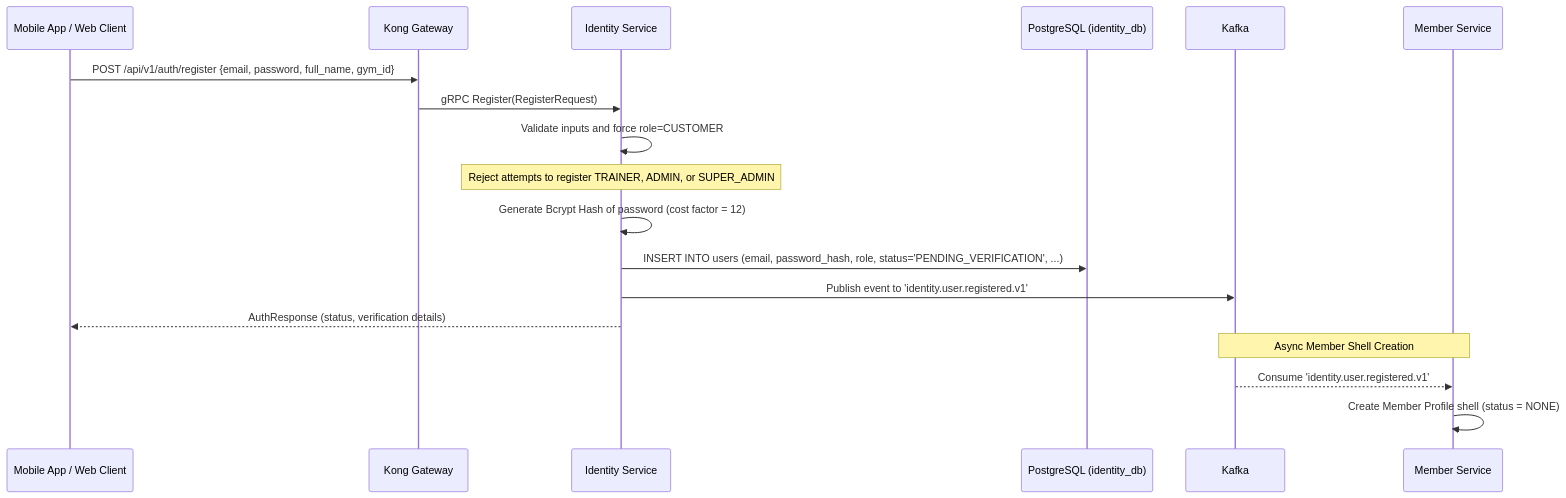
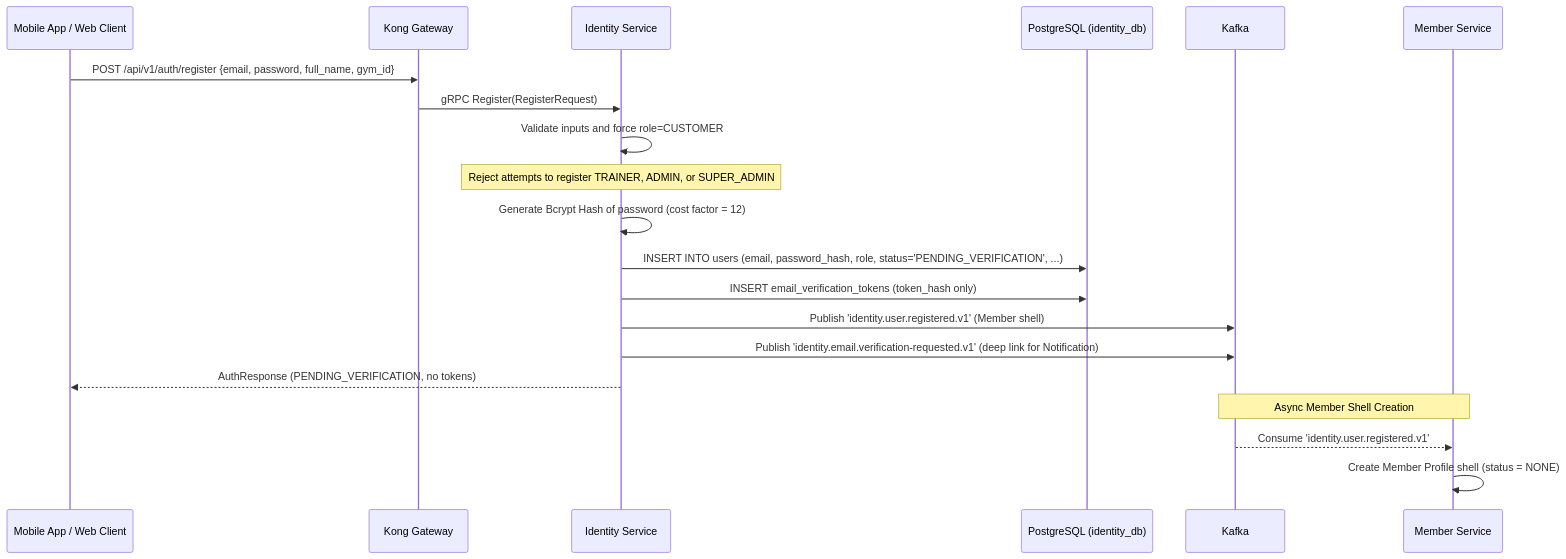
Before and after one commit to pploc/gym-architect: the second of 5 diagrams in services/01-ms-gym-identifier.md, drawn with Mermaid. The commit also changed other lines of this file and 1 other file, not shown here.

Commit message:
docs: document email verification event and Identifier flow

````diff
--- a/services/01-ms-gym-identifier.md
+++ b/services/01-ms-gym-identifier.md
@@ -56,22 +56,24 @@
 ```mermaid
 sequenceDiagram
     participant C as Mobile App / Web Client
     participant K as Kong Gateway
     participant IS as Identity Service
     participant DB as PostgreSQL (identity_db)
     participant KF as Kafka
     participant MS as Member Service
 
     C->>K: POST /api/v1/auth/register {email, password, full_name, gym_id}
     K->>IS: gRPC Register(RegisterRequest)
     IS->>IS: Validate inputs and force role=CUSTOMER
     Note over IS: Reject attempts to register TRAINER, ADMIN, or SUPER_ADMIN
     IS->>IS: Generate Bcrypt Hash of password (cost factor = 12)
     IS->>DB: INSERT INTO users (email, password_hash, role, status='PENDING_VERIFICATION', ...)
-    IS->>KF: Publish event to 'identity.user.registered.v1'
-    IS-->>C: AuthResponse (status, verification details)
-    
+    IS->>DB: INSERT email_verification_tokens (token_hash only)
+    IS->>KF: Publish 'identity.user.registered.v1' (Member shell)
+    IS->>KF: Publish 'identity.email.verification-requested.v1' (deep link for Notification)
+    IS-->>C: AuthResponse (PENDING_VERIFICATION, no tokens)
+
     Note over KF,MS: Async Member Shell Creation
     KF-->>MS: Consume 'identity.user.registered.v1'
     MS->>MS: Create Member Profile shell (status = NONE)
 ```
````
